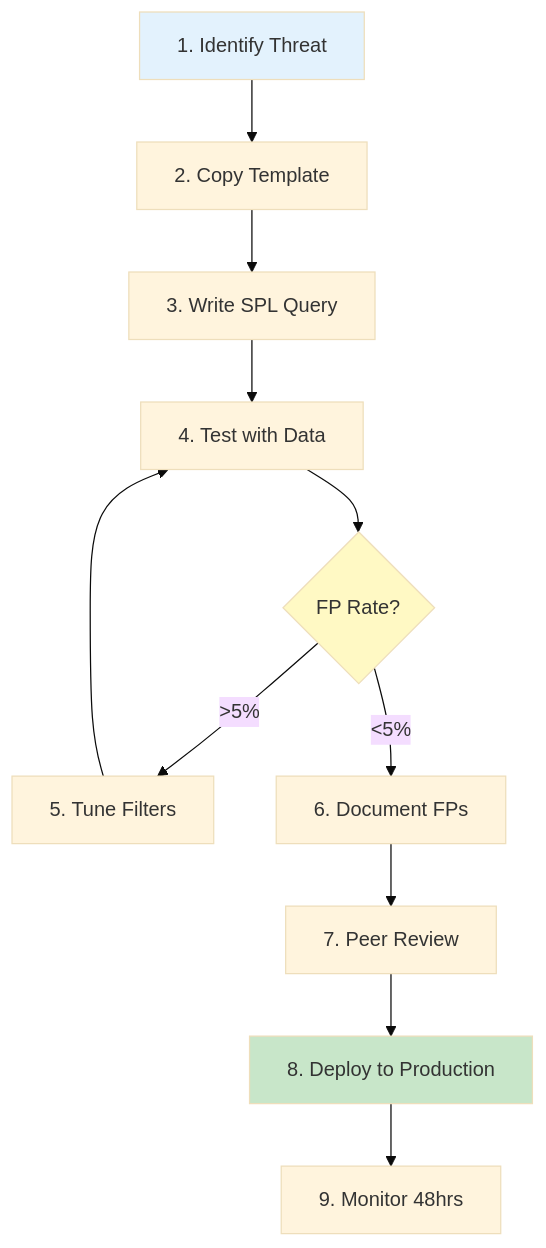
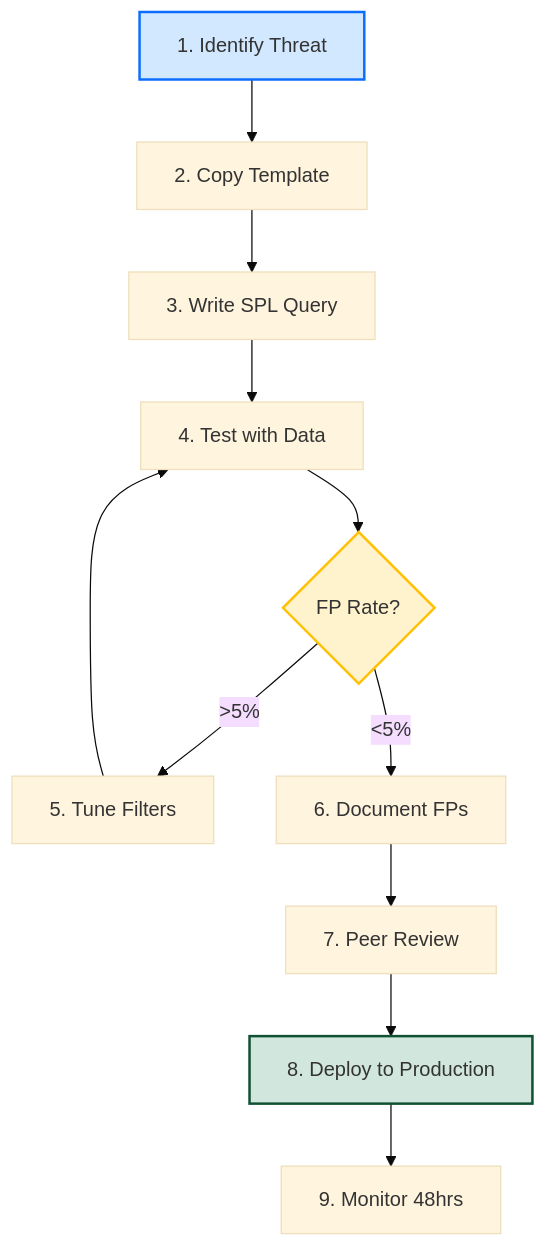
Before and after one commit to PrototypePrime/Splunk_SPL_Detection: the diagram in README.md, drawn with Mermaid (base theme). The commit also changed other lines of this file and 1 other file, not shown here.

````diff
--- a/README.md
+++ b/README.md
@@ -150,17 +140,17 @@
 ```mermaid
 graph TD
     A[1. Identify Threat] --> B[2. Copy Template]
     B --> C[3. Write SPL Query]
     C --> D[4. Test with Data]
     D --> E{FP Rate?}
     E -->|>5%| F[5. Tune Filters]
     F --> D
     E -->|<5%| G[6. Document FPs]
     G --> H[7. Peer Review]
     H --> I[8. Deploy to Production]
     I --> J[9. Monitor 48hrs]
     
-    style A fill:#e3f2fd
-    style I fill:#c8e6c9
-    style E fill:#fff9c4
+    style A fill:#d1e8ff,stroke:#0d6efd,stroke-width:2px
+    style I fill:#d1e7dd,stroke:#0f5132,stroke-width:2px
+    style E fill:#fff3cd,stroke:#ffc107,stroke-width:2px
 ```
````
